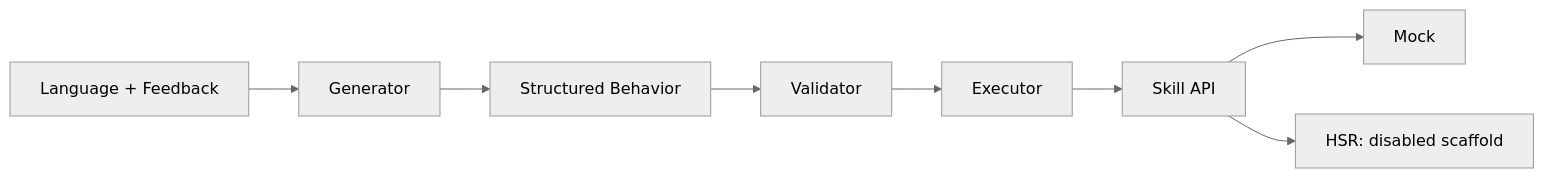
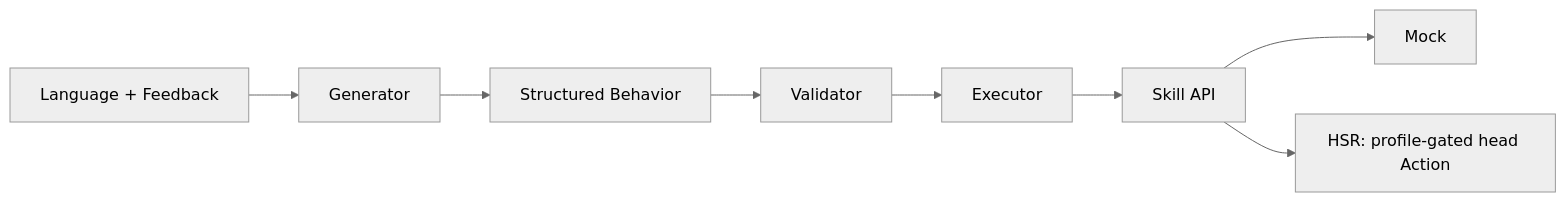
One commit to okitamisan01/GenEM changed the diagram in docs/implementation_summary.md. Above: the diagram before and after it, drawn with Mermaid (neutral theme). The commit also changed other lines of this file and 8 other files, not shown here.

````diff
--- a/docs/implementation_summary.md
+++ b/docs/implementation_summary.md
@@ -23,10 +23,10 @@
 ```mermaid
 flowchart LR
     A[Language + Feedback] --> B[Generator]
     B --> C[Structured Behavior]
     C --> D[Validator]
     D --> E[Executor]
     E --> F[Skill API]
     F --> G[Mock]
-    F --> H[HSR: disabled scaffold]
+    F --> H[HSR: profile-gated head Action]
 ```
````
